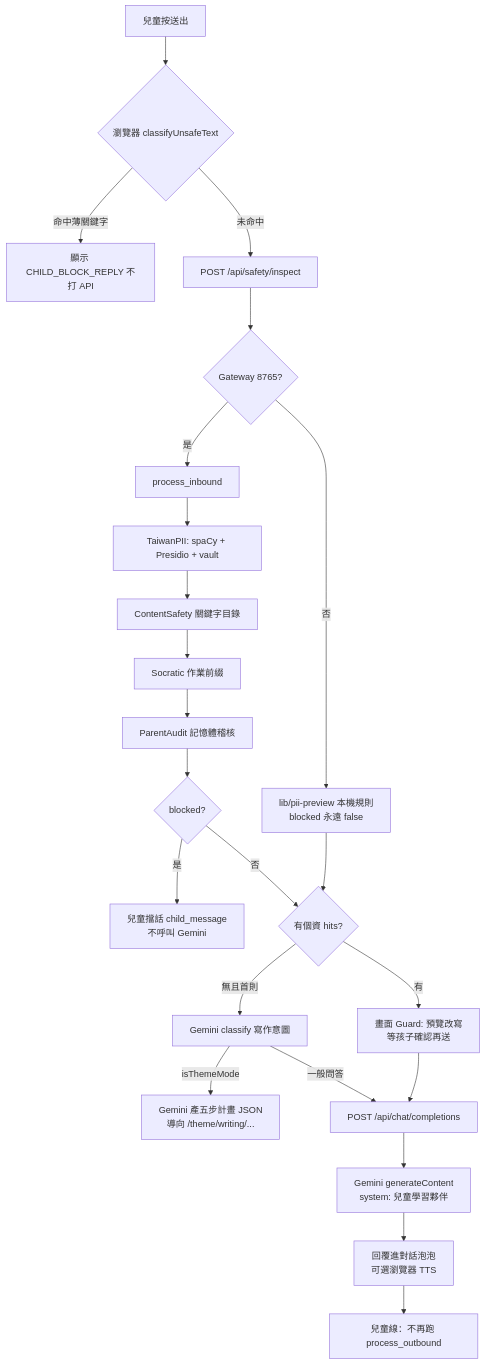
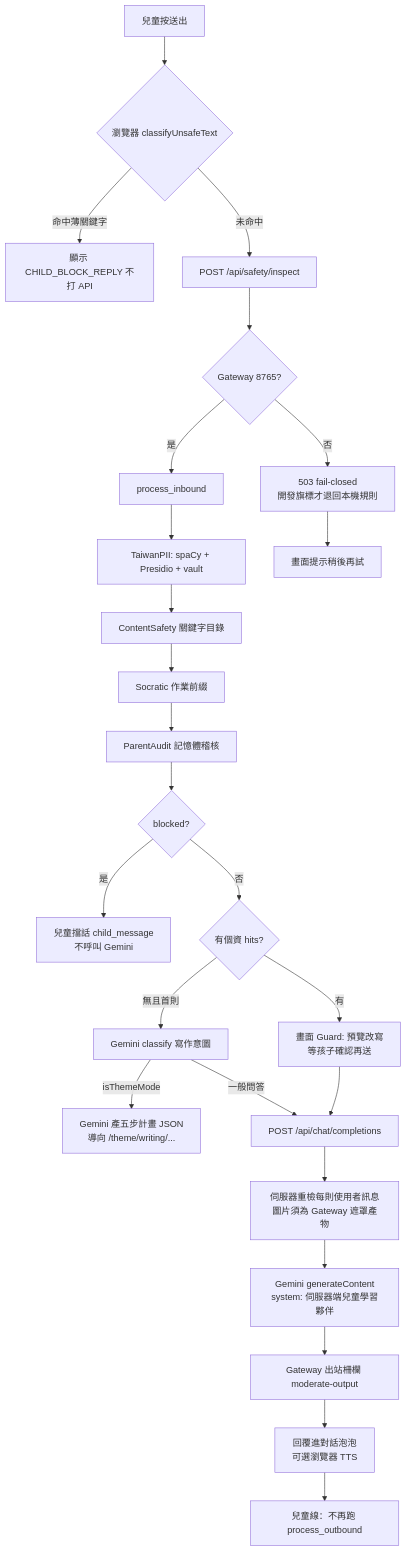
The second of 5 diagrams in 專案功能與流程.md (py-huang/ai-guard), drawn with Mermaid before and after one commit. The commit also changed other lines of this file and 3 other files, not shown here.

````diff
--- a/專案功能與流程.md
+++ b/專案功能與流程.md
@@ -104,25 +113,27 @@
 ```mermaid
 flowchart TD
   A[兒童按送出] --> B{瀏覽器 classifyUnsafeText}
   B -->|命中薄關鍵字| Z[顯示 CHILD_BLOCK_REPLY 不打 API]
   B -->|未命中| C["POST /api/safety/inspect"]
   C --> D{Gateway 8765?}
-  D -->|否| E[lib/pii-preview 本機規則<br/>blocked 永遠 false]
+  D -->|否| E[503 fail-closed<br/>開發旗標才退回本機規則]
   D -->|是| F[process_inbound]
   F --> F1[TaiwanPII: spaCy + Presidio + vault]
   F1 --> F2[ContentSafety 關鍵字目錄]
   F2 --> F3[Socratic 作業前綴]
   F3 --> F4[ParentAudit 記憶體稽核]
   F4 --> G{blocked?}
   G -->|是| H[兒童擋話 child_message<br/>不呼叫 Gemini]
   G -->|否| I{有個資 hits?}
   I -->|有| J[畫面 Guard: 預覽改寫<br/>等孩子確認再送]
   I -->|無且首則| K["Gemini classify 寫作意圖"]
   K -->|isThemeMode| L[Gemini 產五步計畫 JSON<br/>導向 /theme/writing/...]
   K -->|一般問答| M["POST /api/chat/completions"]
   J --> M
-  E --> I
-  M --> N[Gemini generateContent<br/>system: 兒童學習夥伴]
-  N --> O[回覆進對話泡泡<br/>可選瀏覽器 TTS]
+  E --> X[畫面提示稍後再試]
+  M --> M1[伺服器重檢每則使用者訊息<br/>圖片須為 Gateway 遮罩產物]
+  M1 --> N[Gemini generateContent<br/>system: 伺服器端兒童學習夥伴]
+  N --> N1[Gateway 出站柵欄 moderate-output]
+  N1 --> O[回覆進對話泡泡<br/>可選瀏覽器 TTS]
   O --> P[兒童線：不再跑 process_outbound]
 ```
````
